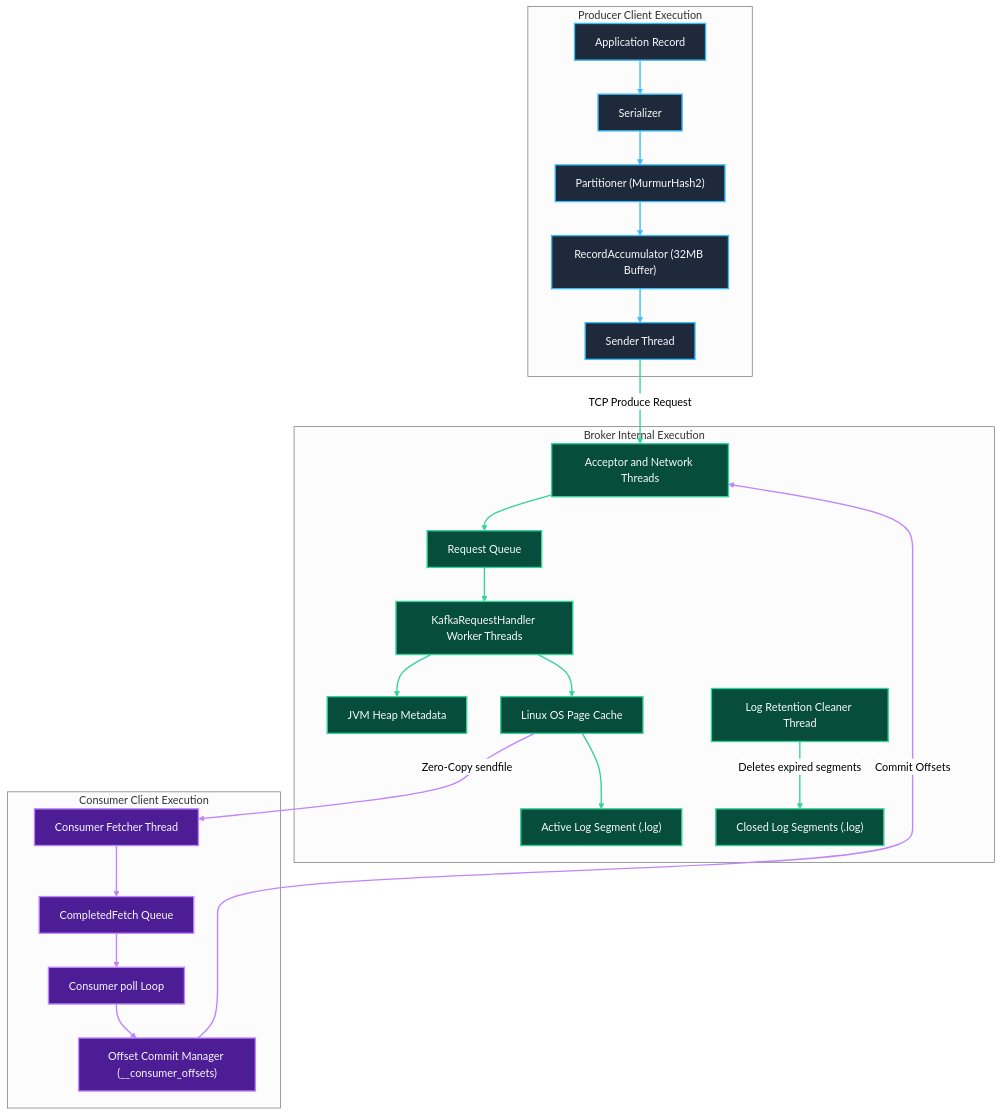
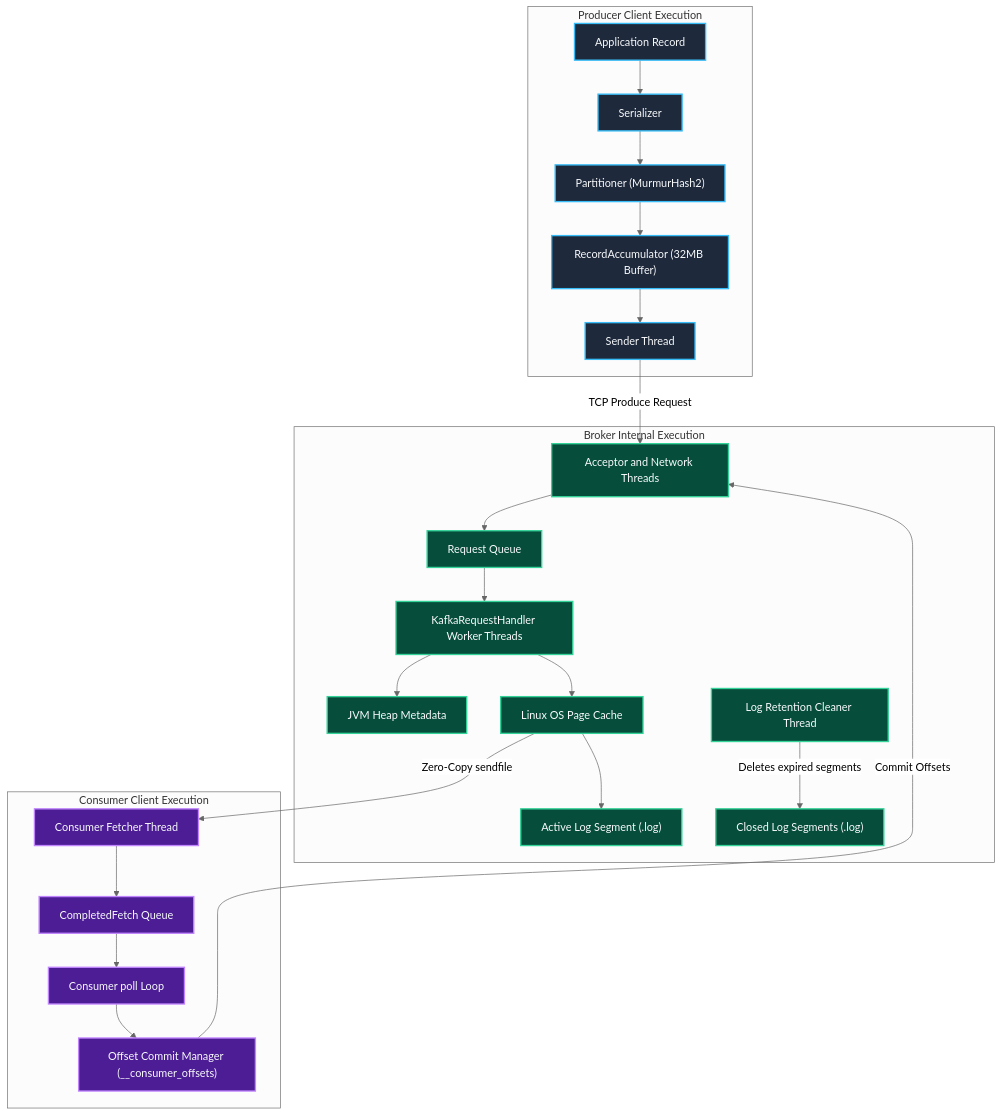
The second of 24 diagrams in docs/configDoc/kafka-configuration-guide.md (Chief-Strategist-J/llm-obs-infra), drawn with Mermaid (neutral theme) before and after one commit. The commit also changed other lines of this file, not shown here.

Commit message:
fix(kafka-docs): remove linkStyle directives and replace ampersands in Mermaid diagrams to eliminate GitHub rendering crashes

````diff
--- a/docs/configDoc/kafka-configuration-guide.md
+++ b/docs/configDoc/kafka-configuration-guide.md
@@ -428,51 +423,47 @@
 ```mermaid
 graph TB
     subgraph ProducerInternals ["Producer Client Execution"]
         P_App["Application Record"] --> P_Ser["Serializer"]
         P_Ser --> P_Part["Partitioner (MurmurHash2)"]
         P_Part --> P_Buf["RecordAccumulator (32MB Buffer)"]
         P_Buf --> P_Send["Sender Thread"]
     end
 
     subgraph BrokerInternals ["Broker Internal Execution"]
         P_Send -->|TCP Produce Request| B_Net["Acceptor and Network Threads"]
         B_Net --> B_ReqQ["Request Queue"]
         B_ReqQ --> B_Worker["KafkaRequestHandler Worker Threads"]
         B_Worker --> B_Heap["JVM Heap Metadata"]
         B_Worker --> B_PageCache["Linux OS Page Cache"]
         B_PageCache --> B_Log["Active Log Segment (.log)"]
         B_Cleaner["Log Retention Cleaner Thread"] -->|Deletes expired segments| B_ClosedLog["Closed Log Segments (.log)"]
     end
 
     subgraph ConsumerInternals ["Consumer Client Execution"]
         B_PageCache -->|Zero-Copy sendfile| C_Fetch["Consumer Fetcher Thread"]
         C_Fetch --> C_Buf["CompletedFetch Queue"]
         C_Buf --> C_Poll["Consumer poll Loop"]
         C_Poll --> C_Commit["Offset Commit Manager (__consumer_offsets)"]
         C_Commit -->|Commit Offsets| B_Net
     end
 
     style P_App fill:#1e293b,stroke:#38bdf8,stroke-width:2px,color:#f8fafc
     style P_Ser fill:#1e293b,stroke:#38bdf8,stroke-width:2px,color:#f8fafc
     style P_Part fill:#1e293b,stroke:#38bdf8,stroke-width:2px,color:#f8fafc
     style P_Buf fill:#1e293b,stroke:#38bdf8,stroke-width:2px,color:#f8fafc
     style P_Send fill:#1e293b,stroke:#38bdf8,stroke-width:2px,color:#f8fafc
 
     style B_Net fill:#064e3b,stroke:#34d399,stroke-width:2px,color:#f8fafc
     style B_ReqQ fill:#064e3b,stroke:#34d399,stroke-width:2px,color:#f8fafc
     style B_Worker fill:#064e3b,stroke:#34d399,stroke-width:2px,color:#f8fafc
     style B_Heap fill:#064e3b,stroke:#34d399,stroke-width:2px,color:#f8fafc
     style B_PageCache fill:#064e3b,stroke:#34d399,stroke-width:2px,color:#f8fafc
     style B_Log fill:#064e3b,stroke:#34d399,stroke-width:2px,color:#f8fafc
     style B_Cleaner fill:#064e3b,stroke:#34d399,stroke-width:2px,color:#f8fafc
     style B_ClosedLog fill:#064e3b,stroke:#34d399,stroke-width:2px,color:#f8fafc
 
     style C_Fetch fill:#4c1d95,stroke:#c084fc,stroke-width:2px,color:#f8fafc
     style C_Buf fill:#4c1d95,stroke:#c084fc,stroke-width:2px,color:#f8fafc
     style C_Poll fill:#4c1d95,stroke:#c084fc,stroke-width:2px,color:#f8fafc
     style C_Commit fill:#4c1d95,stroke:#c084fc,stroke-width:2px,color:#f8fafc
-
-    linkStyle 0,1,2,3 stroke:#38bdf8,stroke-width:2px;
-    linkStyle 4,5,6,7,8,9,10 stroke:#34d399,stroke-width:2px;
-    linkStyle 11,12,13,14,15 stroke:#c084fc,stroke-width:2px;
 ```
````
